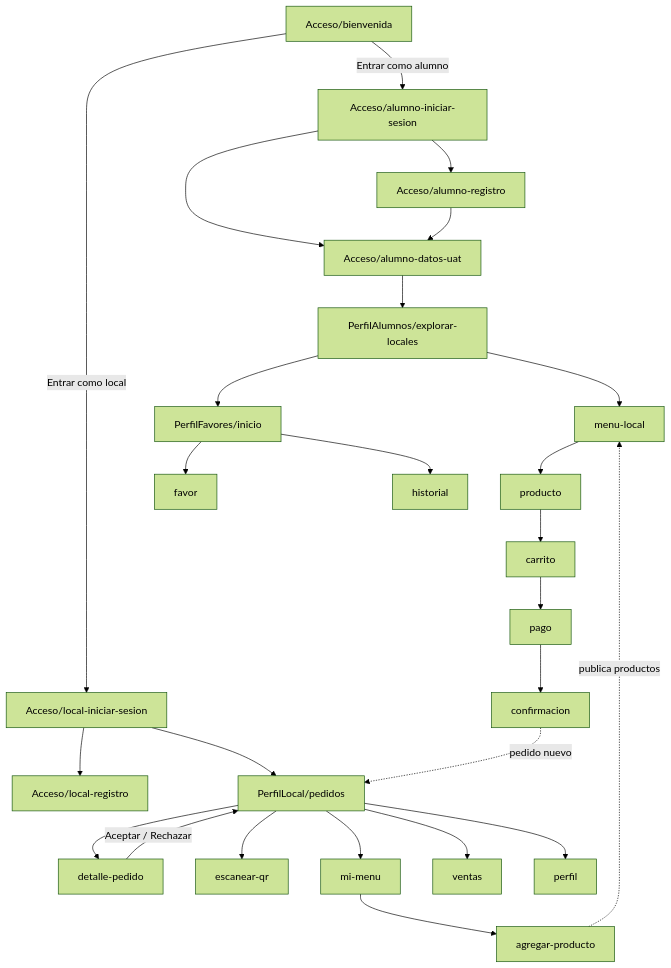
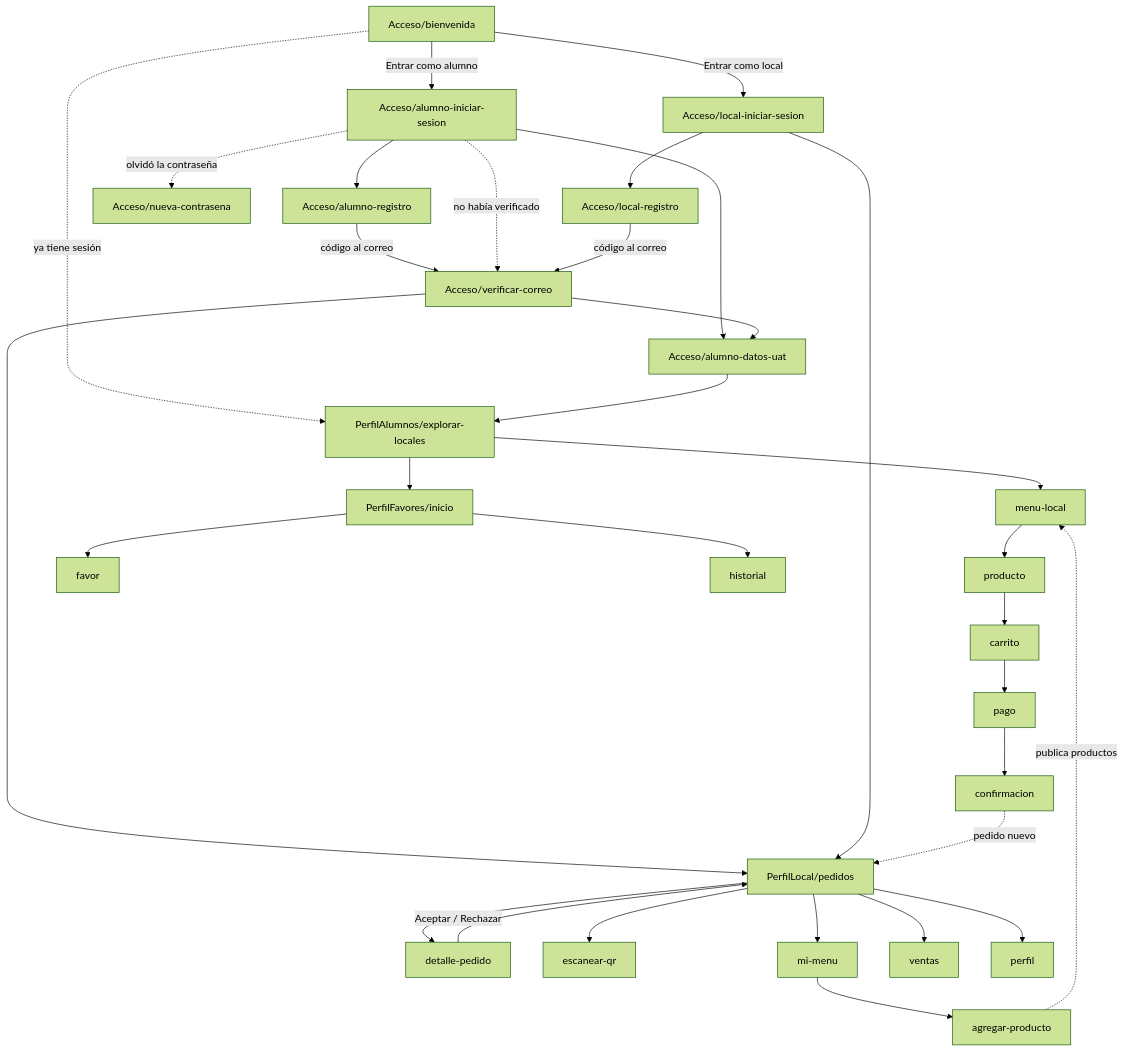
Before and after one commit to jefth1/Pick-Up-UAT: the diagram in docs/diagrama.md, drawn with Mermaid (forest theme). The commit also changed other lines of this file and 13 other files, not shown here.

First line of the commit message:
Verificar el correo de los alumnos al registrarse

````diff
--- a/docs/diagrama.md
+++ b/docs/diagrama.md
@@ -5,25 +5,31 @@
 ```mermaid
 flowchart TD
   B[Acceso/bienvenida] -->|Entrar como alumno| AS[Acceso/alumno-iniciar-sesion]
+  B -.->|ya tiene sesión| E
   AS --> AR[Acceso/alumno-registro]
   AS --> D[Acceso/alumno-datos-uat]
-  AR --> D
+  AR -->|código al correo| VC[Acceso/verificar-correo]
+  AS -.->|no había verificado| VC
+  VC --> D
+  AS -.->|olvidó la contraseña| NC[Acceso/nueva-contrasena]
   B -->|Entrar como local| LS[Acceso/local-iniciar-sesion]
   LS --> LR[Acceso/local-registro]
+  LR -->|código al correo| VC
+  VC --> PD
 
   D --> E[PerfilAlumnos/explorar-locales]
   E --> M[menu-local] --> P[producto] --> C[carrito] --> PG[pago] --> CF[confirmacion]
   E --> FV[PerfilFavores/inicio] --> FF[favor]
   FV --> FH[historial]
 
   LS --> PD[PerfilLocal/pedidos]
   PD --> DP[detalle-pedido]
   DP -->|Aceptar / Rechazar| PD
   PD --> QR[escanear-qr]
   PD --> MM[mi-menu] --> AP[agregar-producto]
   PD --> V[ventas]
   PD --> PF[perfil]
 
   AP -. publica productos .-> M
   CF -. pedido nuevo .-> PD
 ```
````
